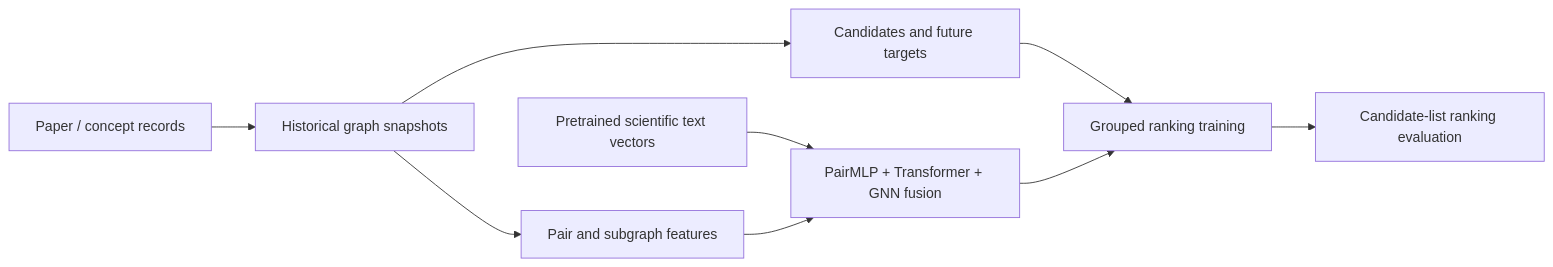
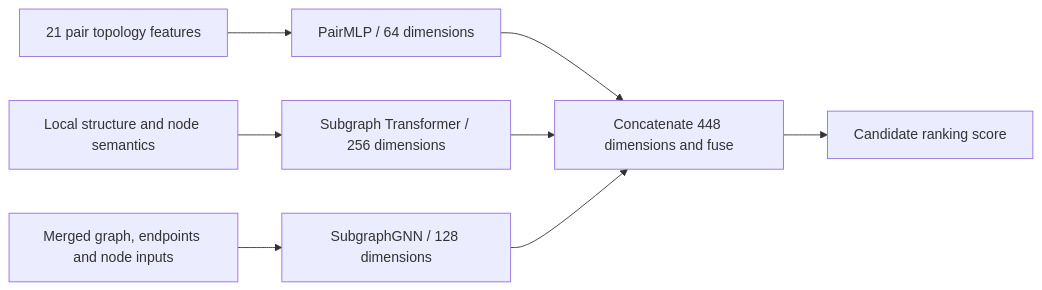
Before and after one commit to dvdsvc/conjunction: the diagram in README.md, drawn with Mermaid. The commit also changed other lines of this file and 4 other files, not shown here.

````diff
--- a/README.md
+++ b/README.md
@@ -15,11 +80,10 @@
 ```mermaid
 flowchart LR
-    P[Paper / concept records] --> G[Historical graph snapshots]
-    G --> C[Candidates and future targets]
-    G --> F[Pair and subgraph features]
-    S[Pretrained scientific text vectors] --> M
-    F --> M[PairMLP + Transformer + GNN fusion]
-    C --> T[Grouped ranking training]
-    M --> T
-    T --> E[Candidate-list ranking evaluation]
+    A[21 pair topology features] --> P[PairMLP / 64 dimensions]
+    B[Local structure and node semantics] --> T[Subgraph Transformer / 256 dimensions]
+    C[Merged graph, endpoints and node inputs] --> G[SubgraphGNN / 128 dimensions]
+    P --> F[Concatenate 448 dimensions and fuse]
+    T --> F
+    G --> F
+    F --> S[Candidate ranking score]
 ```
````
